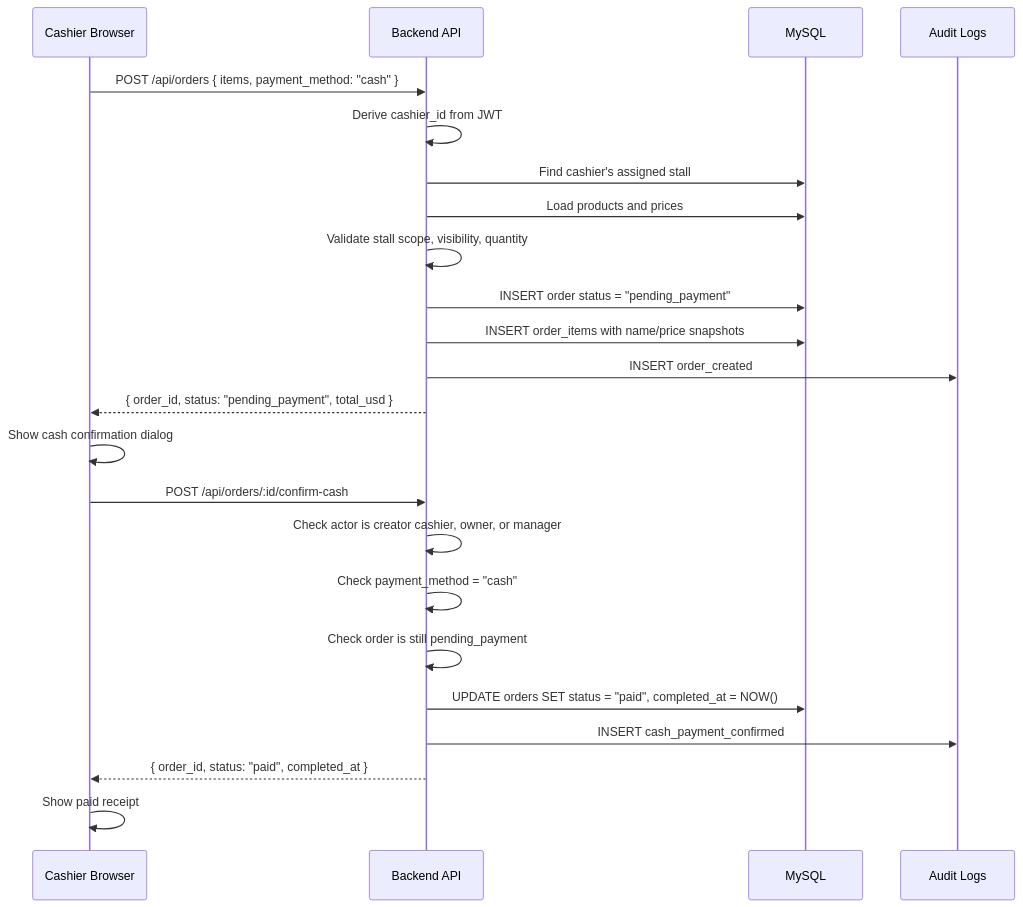
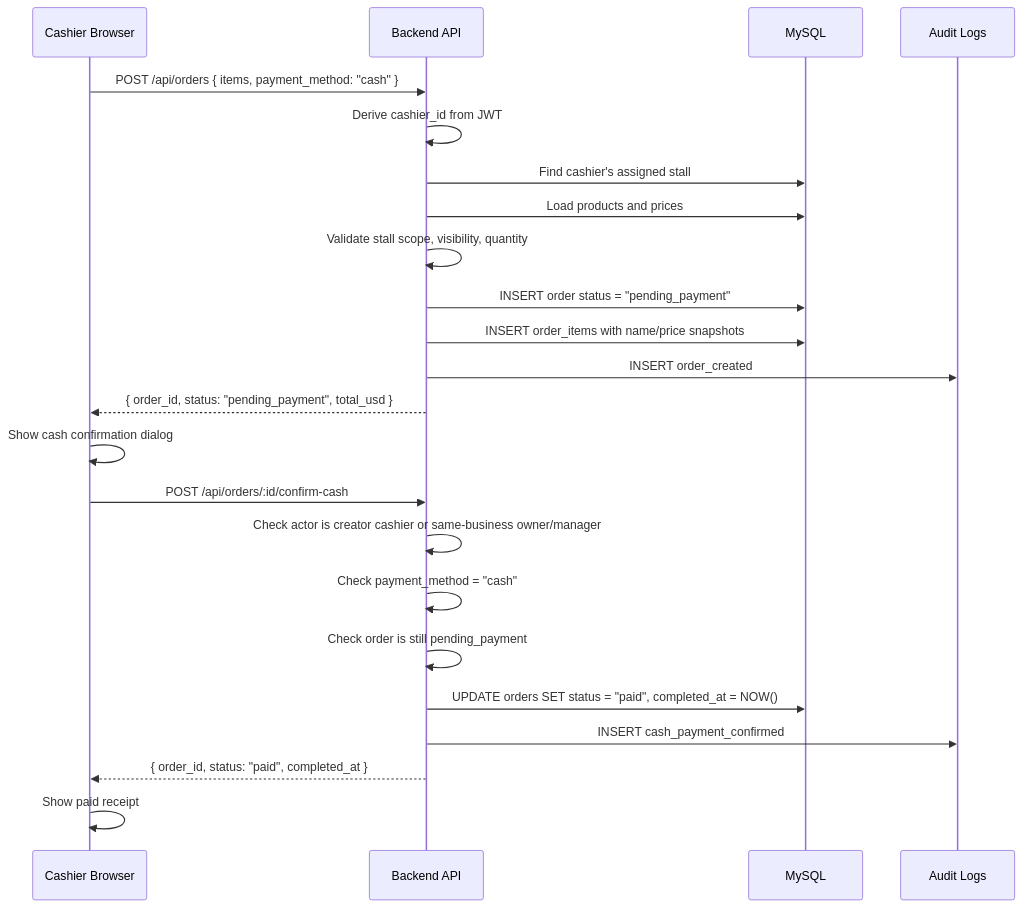
Before and after one commit to sothyvan/TOUB_POS: the first of 2 diagrams in docs/design/payment-flow.md, drawn with Mermaid. The commit also changed other lines of this file and 33 other files, not shown here.

Commit message:
Refactor user roles and authentication flow

````diff
--- a/docs/design/payment-flow.md
+++ b/docs/design/payment-flow.md
@@ -9,27 +9,27 @@
 ```mermaid
 sequenceDiagram
     participant C as Cashier Browser
     participant API as Backend API
     participant DB as MySQL
     participant AUD as Audit Logs
 
     C->>API: POST /api/orders { items, payment_method: "cash" }
     API->>API: Derive cashier_id from JWT
     API->>DB: Find cashier's assigned stall
     API->>DB: Load products and prices
     API->>API: Validate stall scope, visibility, quantity
     API->>DB: INSERT order status = "pending_payment"
     API->>DB: INSERT order_items with name/price snapshots
     API->>AUD: INSERT order_created
     API-->>C: { order_id, status: "pending_payment", total_usd }
 
     C->>C: Show cash confirmation dialog
     C->>API: POST /api/orders/:id/confirm-cash
-    API->>API: Check actor is creator cashier, owner, or manager
+    API->>API: Check actor is creator cashier or same-business owner/manager
     API->>API: Check payment_method = "cash"
     API->>API: Check order is still pending_payment
     API->>DB: UPDATE orders SET status = "paid", completed_at = NOW()
     API->>AUD: INSERT cash_payment_confirmed
     API-->>C: { order_id, status: "paid", completed_at }
     C->>C: Show paid receipt
 ```
````
